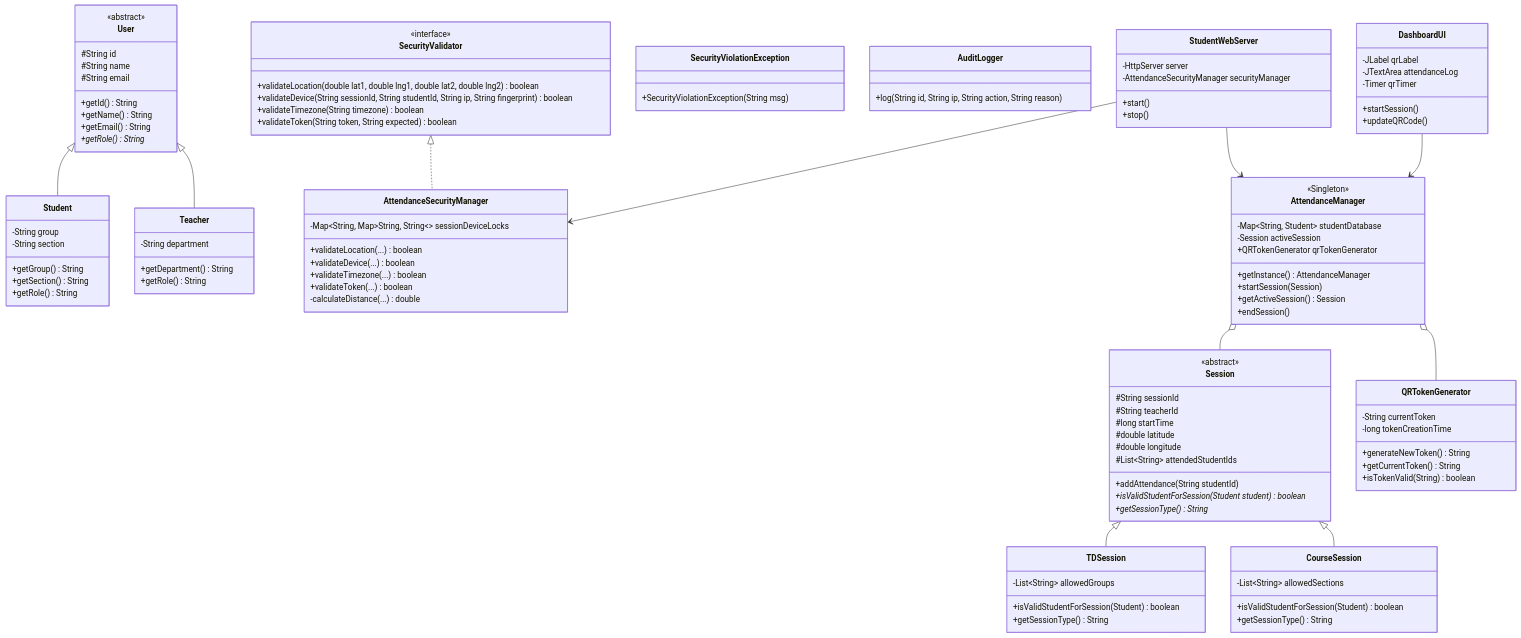
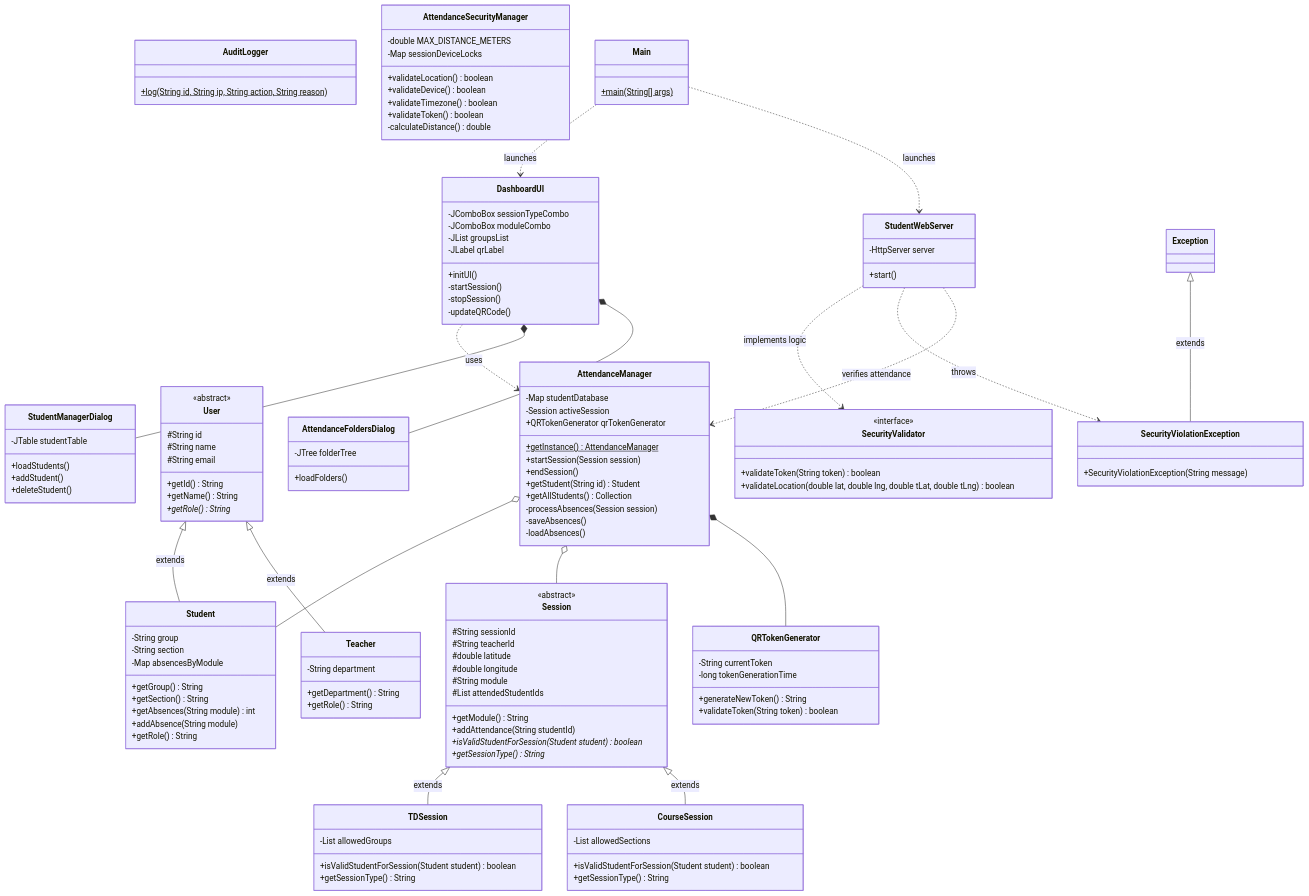
Before and after one commit to 0ffl1n0/secure-attendance-system: the diagram in class_diagram.md, drawn with Mermaid. The commit also changed other lines of this file and 19 other files, not shown here.

````diff
--- a/class_diagram.md
+++ b/class_diagram.md
@@ -1,6 +90,32 @@
 ```mermaid
 classDiagram
+    %% CORE
+    class AttendanceManager {
+        -Map studentDatabase
+        -Session activeSession
+        +QRTokenGenerator qrTokenGenerator
+        +getInstance() AttendanceManager$
+        +startSession(Session session)
+        +endSession()
+        +getStudent(String id) Student
+        +getAllStudents() Collection
+        -processAbsences(Session session)
+        -saveAbsences()
+        -loadAbsences()
+    }
 
+    class QRTokenGenerator {
+        -String currentToken
+        -long tokenGenerationTime
+        +generateNewToken() String
+        +validateToken(String token) boolean
+    }
+
+    class AuditLogger {
+        +log(String id, String ip, String action, String reason)$
+    }
+
+    %% MODELS
     class User {
         <<abstract>>
         #String id
@@ -8,15 +123,17 @@
         #String email
         +getId() String
         +getName() String
-        +getEmail() String
-        +getRole()* String
+        +getRole() String*
     }
 
     class Student {
         -String group
         -String section
+        -Map absencesByModule
         +getGroup() String
         +getSection() String
+        +getAbsences(String module) int
+        +addAbsence(String module)
         +getRole() String
     }
 
@@ -26,101 +143,108 @@
         +getRole() String
     }
 
-    User <|-- Student
-    User <|-- Teacher
-
     class Session {
         <<abstract>>
         #String sessionId
         #String teacherId
-        #long startTime
         #double latitude
         #double longitude
-        #List~String~ attendedStudentIds
+        #String module
+        #List attendedStudentIds
+        +getModule() String
         +addAttendance(String studentId)
-        +isValidStudentForSession(Student student)* boolean
-        +getSessionType()* String
+        +isValidStudentForSession(Student student) boolean*
+        +getSessionType() String*
     }
 
     class TDSession {
-        -List~String~ allowedGroups
-        +isValidStudentForSession(Student) boolean
+        -List allowedGroups
+        +isValidStudentForSession(Student student) boolean
         +getSessionType() String
     }
 
     class CourseSession {
-        -List~String~ allowedSections
-        +isValidStudentForSession(Student) boolean
+        -List allowedSections
+        +isValidStudentForSession(Student student) boolean
         +getSessionType() String
     }
 
-    Session <|-- TDSession
-    Session <|-- CourseSession
-
+    %% SECURITY
     class SecurityValidator {
         <<interface>>
-        +validateLocation(double lat1, double lng1, double lat2, double lng2) boolean
-        +validateDevice(String sessionId, String studentId, String ip, String fingerprint) boolean
-        +validateTimezone(String timezone) boolean
-        +validateToken(String token, String expected) boolean
+        +validateToken(String token) boolean
+        +validateLocation(double lat, double lng, double tLat, double tLng) boolean
+    }
+
+    class SecurityViolationException {
+        +SecurityViolationException(String message)
     }
 
     class AttendanceSecurityManager {
-        -Map~String, Map~String, String~~ sessionDeviceLocks
-        +validateLocation(...) boolean
-        +validateDevice(...) boolean
-        +validateTimezone(...) boolean
-        +validateToken(...) boolean
-        -calculateDistance(...) double
+        -double MAX_DISTANCE_METERS
+        -Map sessionDeviceLocks
+        +validateLocation() boolean
+        +validateDevice() boolean
+        +validateTimezone() boolean
+        +validateToken() boolean
+        -calculateDistance() double
     }
 
-    SecurityValidator <|.. AttendanceSecurityManager
-
-    class SecurityViolationException {
-        +SecurityViolationException(String msg)
+    %% NETWORK
+    class StudentWebServer {
+        -HttpServer server
+        +start()
     }
 
-    class AttendanceManager {
-        <<Singleton>>
-        -Map~String, Student~ studentDatabase
-        -Session activeSession
-        +QRTokenGenerator qrTokenGenerator
-        +getInstance() AttendanceManager
-        +startSession(Session)
-        +getActiveSession() Session
-        +endSession()
+    %% GUI
+    class DashboardUI {
+        -JComboBox sessionTypeCombo
+        -JComboBox moduleCombo
+        -JList groupsList
+        -JLabel qrLabel
+        +initUI()
+        -startSession()
+        -stopSession()
+        -updateQRCode()
+    }
+    
+    class StudentManagerDialog {
+        -JTable studentTable
+        +loadStudents()
+        +addStudent()
+        +deleteStudent()
     }
 
-    class QRTokenGenerator {
-        -String currentToken
-        -long tokenCreationTime
-        +generateNewToken() String
-        +getCurrentToken() String
-        +isTokenValid(String) boolean
+    class AttendanceFoldersDialog {
+        -JTree folderTree
+        +loadFolders()
     }
 
-    class AuditLogger {
-        +log(String id, String ip, String action, String reason)
+    class Main {
+        +main(String[] args)$
     }
 
-    class StudentWebServer {
-        -HttpServer server
-        -AttendanceSecurityManager securityManager
-        +start()
-        +stop()
-    }
-
-    class DashboardUI {
-        -JLabel qrLabel
-        -JTextArea attendanceLog
-        -Timer qrTimer
-        +startSession()
-        +updateQRCode()
-    }
-
+    %% INHERITANCE (EXTENDS)
+    User <|-- Student : extends
+    User <|-- Teacher : extends
+    Session <|-- TDSession : extends
+    Session <|-- CourseSession : extends
+    Exception <|-- SecurityViolationException : extends
+    
+    %% AGGREGATION & COMPOSITION
+    AttendanceManager o-- Student
     AttendanceManager o-- Session
-    AttendanceManager o-- QRTokenGenerator
-    StudentWebServer --> AttendanceManager
-    StudentWebServer --> AttendanceSecurityManager
-    DashboardUI --> AttendanceManager
+    AttendanceManager *-- QRTokenGenerator
+    
+    %% DEPENDENCIES
+    DashboardUI ..> AttendanceManager : uses
+    DashboardUI *-- StudentManagerDialog
+    DashboardUI *-- AttendanceFoldersDialog
+    
+    StudentWebServer ..> SecurityValidator : implements logic
+    StudentWebServer ..> SecurityViolationException : throws
+    StudentWebServer ..> AttendanceManager : verifies attendance
+    
+    Main ..> DashboardUI : launches
+    Main ..> StudentWebServer : launches
 ```
````
